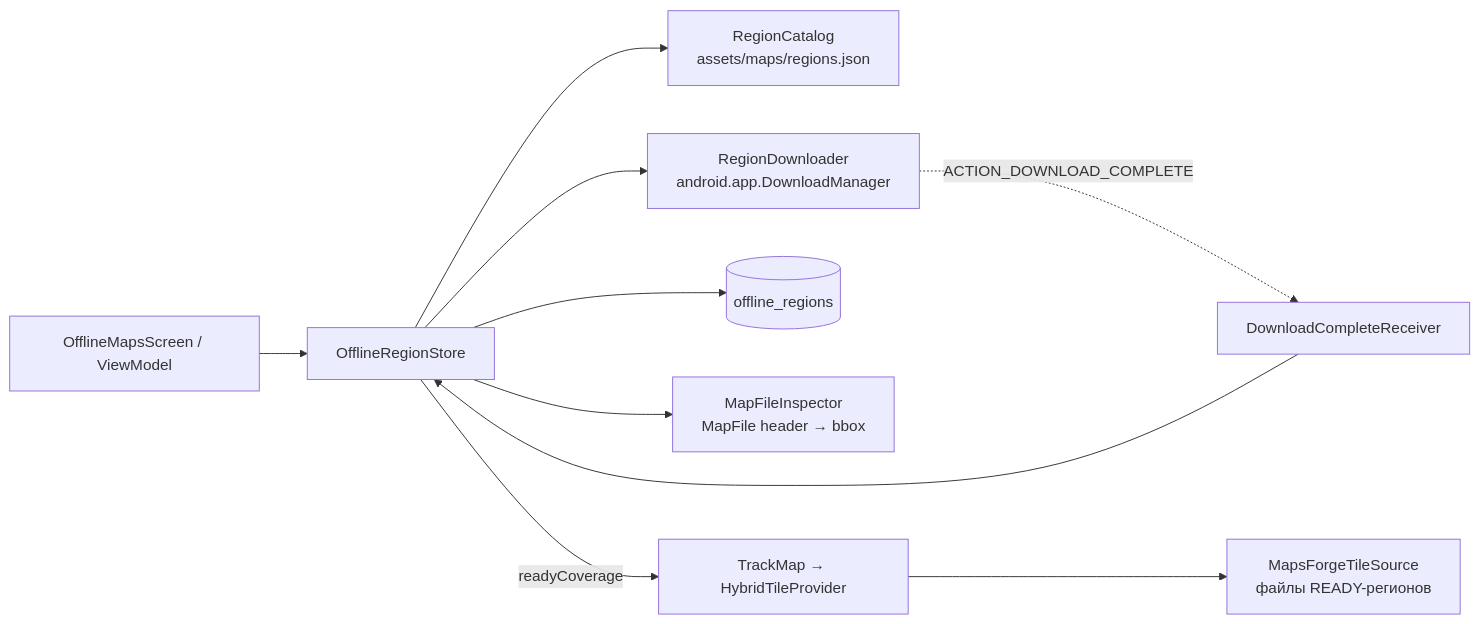
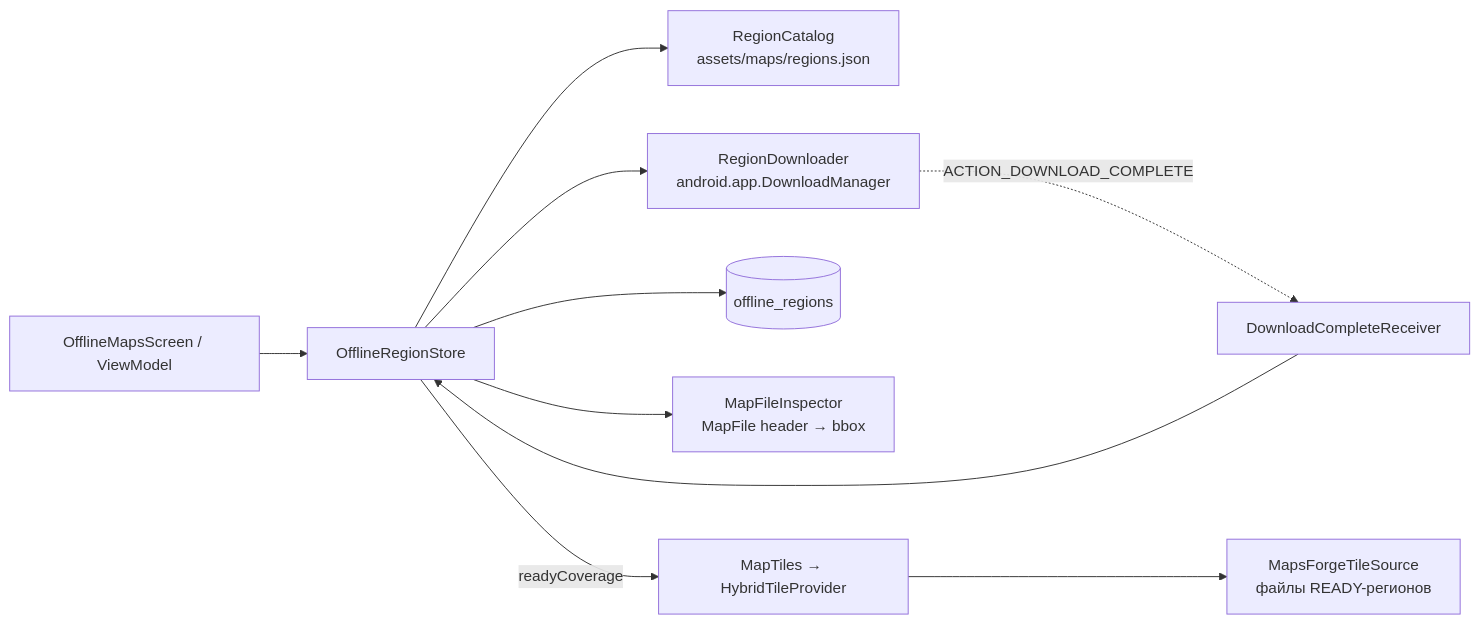
The fourth of 4 diagrams in docs/05_architecture.md (AlexanderSwift89/JustTracker), drawn with Mermaid before and after one commit. The commit also changed other lines of this file and 26 other files, not shown here.

````diff
--- a/docs/05_architecture.md
+++ b/docs/05_architecture.md
@@ -232,11 +225,11 @@
 ```mermaid
 flowchart LR
   UI[OfflineMapsScreen / ViewModel] --> Store[OfflineRegionStore]
   Store --> Catalog[RegionCatalog<br/>assets/maps/regions.json]
   Store --> DM[RegionDownloader<br/>android.app.DownloadManager]
   Store --> Dao[(offline_regions)]
   Store --> Insp[MapFileInspector<br/>MapFile header → bbox]
   DM -. ACTION_DOWNLOAD_COMPLETE .-> Rcv[DownloadCompleteReceiver] --> Store
-  Store -- readyCoverage --> Map[TrackMap → HybridTileProvider]
+  Store -- readyCoverage --> Map[MapTiles → HybridTileProvider]
   Map --> MF[MapsForgeTileSource<br/>файлы READY-регионов]
 ```
````
